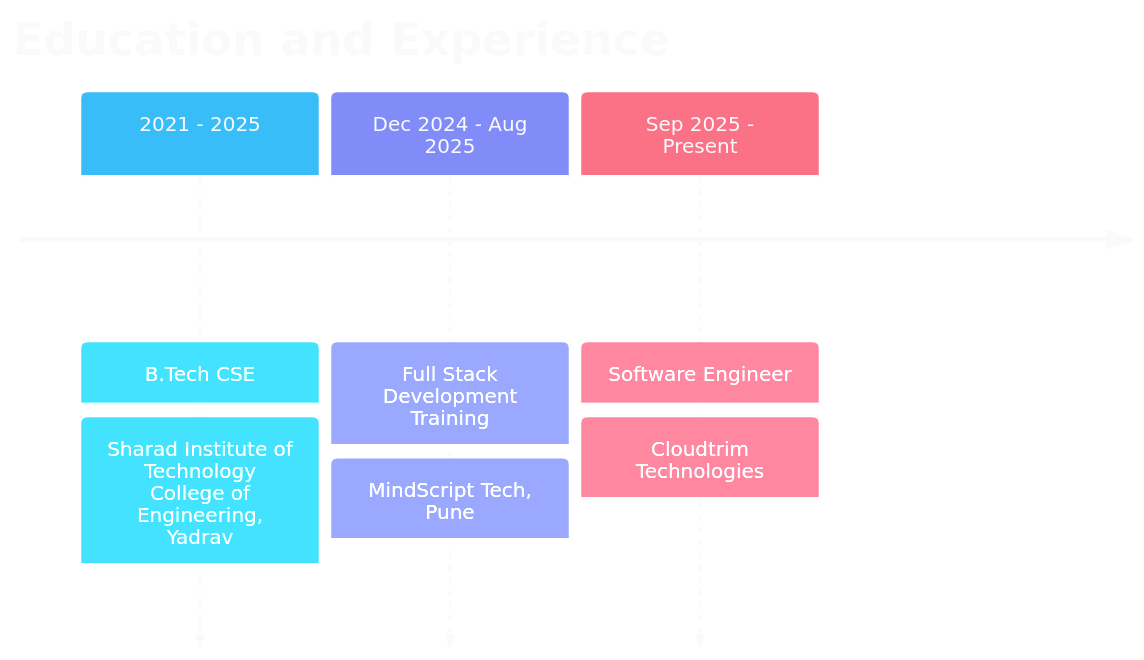
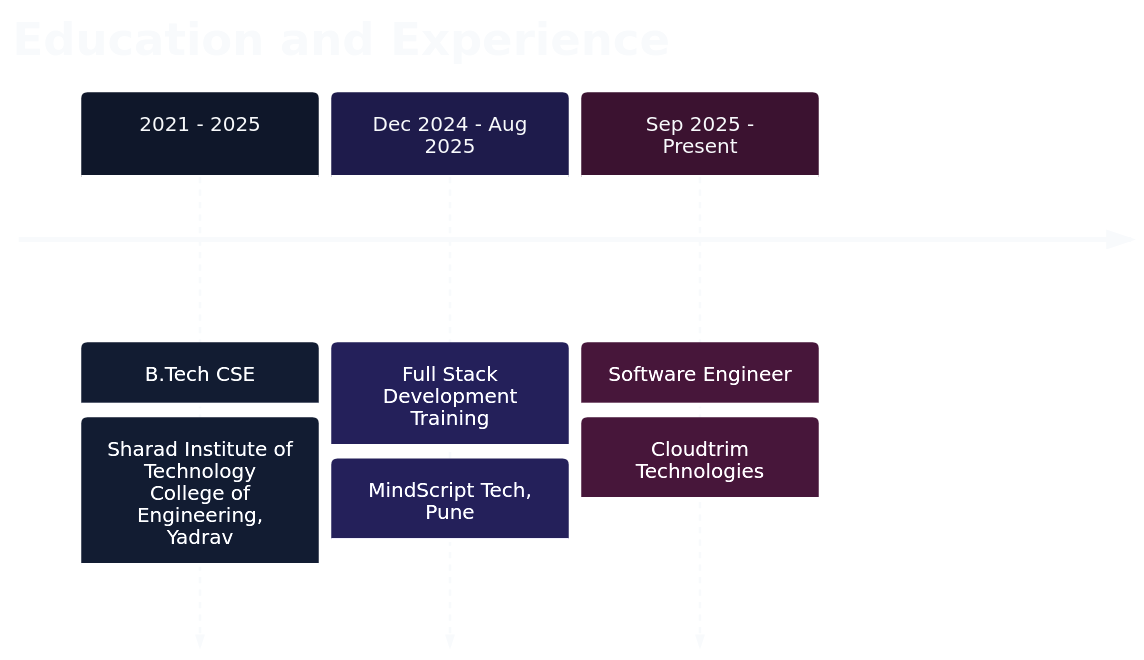
The diagram in README.md (ShivamPisal/ShivamPisal), drawn with Mermaid before and after one commit.

Commit message:
Improve timeline readability

````diff
--- a/README.md
+++ b/README.md
@@ -163,8 +163,8 @@
 ```mermaid
-%%{init: {"theme": "base", "themeVariables": {"darkMode": true, "background": "#070A1A", "mainBkg": "#11143A", "primaryColor": "#11143A", "primaryTextColor": "#F8FAFC", "primaryBorderColor": "#38BDF8", "lineColor": "#818CF8", "secondaryColor": "#172554", "secondaryBorderColor": "#818CF8", "tertiaryColor": "#2A1238", "tertiaryBorderColor": "#FB7185", "cScale0": "#38BDF8", "cScale1": "#818CF8", "cScale2": "#FB7185", "fontFamily": "Segoe UI"}}}%%
+%%{init: {"theme": "base", "themeVariables": {"darkMode": true, "background": "#070A1A", "mainBkg": "#11143A", "primaryColor": "#0F172A", "primaryTextColor": "#F8FAFC", "primaryBorderColor": "#38BDF8", "lineColor": "#CBD5E1", "secondaryColor": "#1E1B4B", "secondaryTextColor": "#F8FAFC", "secondaryBorderColor": "#818CF8", "tertiaryColor": "#3B1230", "tertiaryTextColor": "#F8FAFC", "tertiaryBorderColor": "#FB7185", "cScale0": "#0F172A", "cScale1": "#1E1B4B", "cScale2": "#3B1230", "cScaleLabel0": "#F8FAFC", "cScaleLabel1": "#F8FAFC", "cScaleLabel2": "#F8FAFC", "fontFamily": "Segoe UI"}}}%%
 timeline
   title Education and Experience
   2021 - 2025 : B.Tech CSE : Sharad Institute of Technology College of Engineering, Yadrav
   Dec 2024 - Aug 2025 : Full Stack Development Training : MindScript Tech, Pune
   Sep 2025 - Present : Software Engineer : Cloudtrim Technologies
 ```
````
